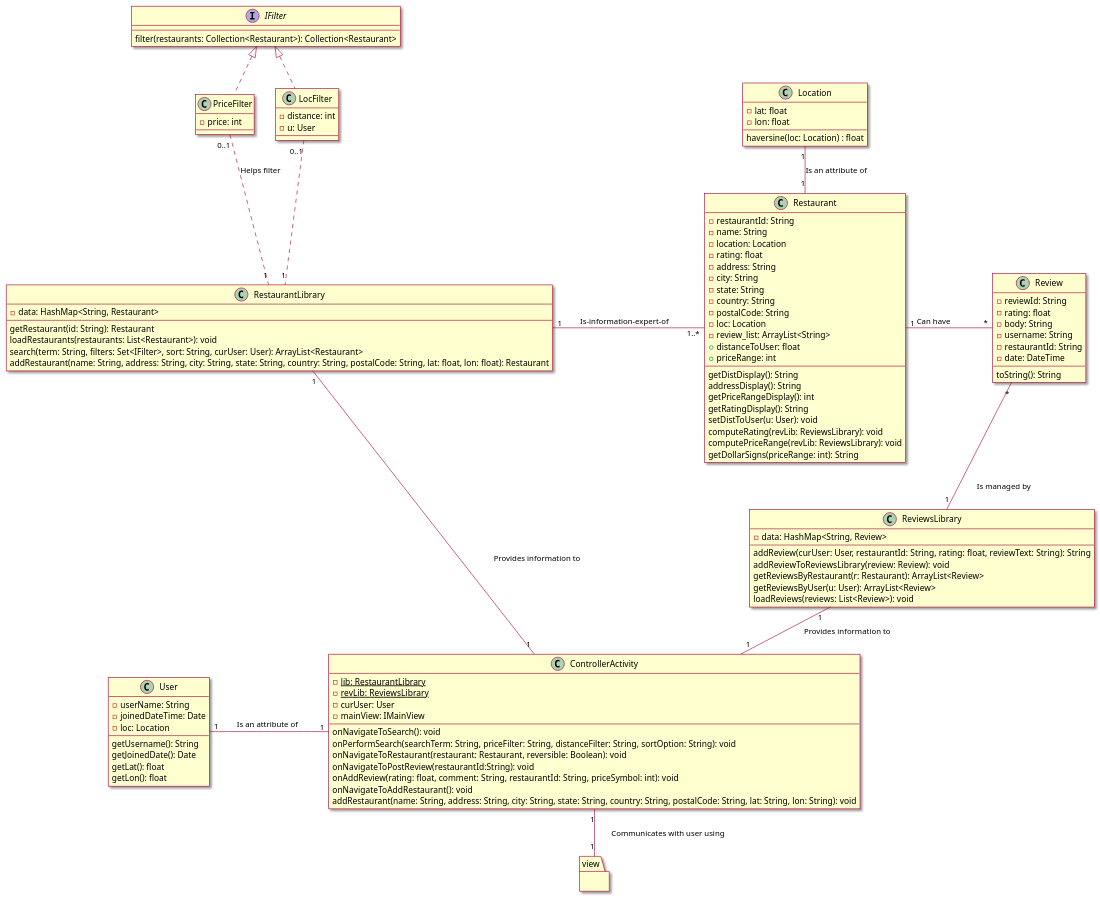
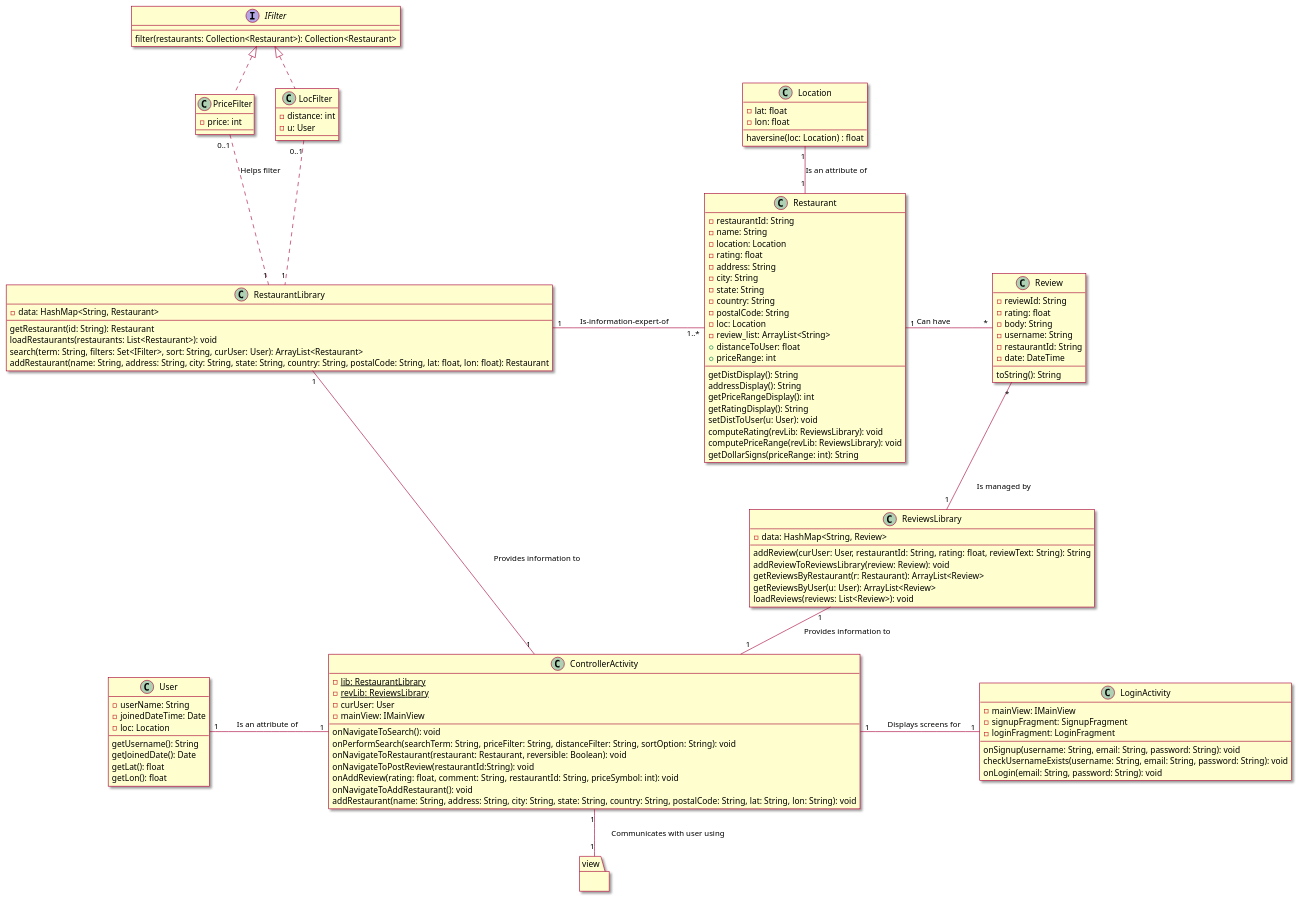
The seventh of 9 diagrams in intellij/doc/design.md (tanwasp/LunchBox-Android), drawn with PlantUML before and after one commit. The commit also changed other lines of this file and 1 other file, not shown here.

Commit message:
Sequence diagrams

```diff
--- a/intellij/doc/design.md
+++ b/intellij/doc/design.md
@@ -192,6 +264,16 @@
     haversine(loc: Location) : float
 }
 
+class LoginActivity{
+    -mainView: IMainView
+    -signupFragment: SignupFragment
+    -loginFragment: LoginFragment
+    --
+    onSignup(username: String, email: String, password: String): void
+    checkUsernameExists(username: String, email: String, password: String): void
+    onLogin(email: String, password: String): void
+}
+
 class ControllerActivity{
     {static} -lib: RestaurantLibrary
     {static} -revLib: ReviewsLibrary
@@ -223,6 +305,7 @@
 RestaurantLibrary "1" -down- "1" ControllerActivity: Provides information to\t
 ReviewsLibrary "1" -down- "1" ControllerActivity: \tProvides information to\t
 User "1" -right- "1" ControllerActivity : \tIs an attribute of\t\t
+ControllerActivity "1" - "1" LoginActivity: \tDisplays screens for\t
 ControllerActivity "1" -down- "1" view: \tCommunicates with user using
 
 @enduml
```
